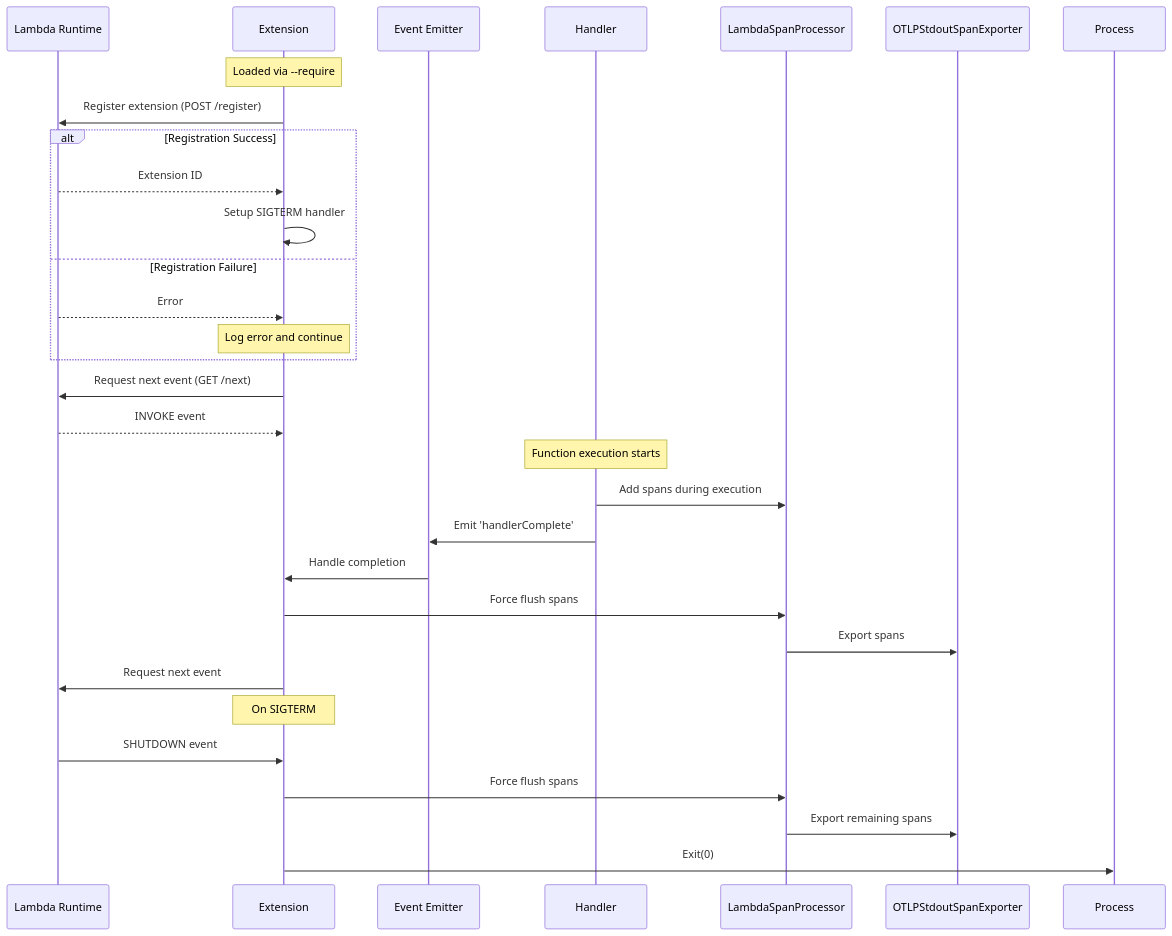
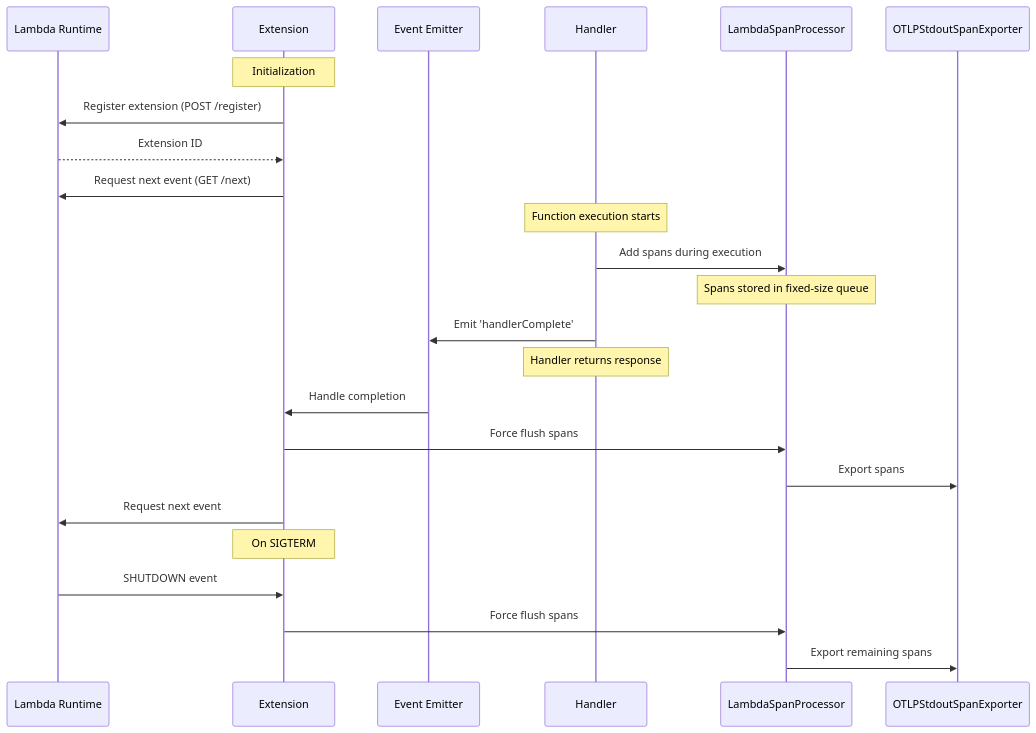
The second of 2 diagrams in packages/node/lambda-otel-lite/README.md (dev7a/serverless-otlp-forwarder), drawn with Mermaid before and after one commit. The commit also changed other lines of this file, not shown here.

````diff
--- a/packages/node/lambda-otel-lite/README.md
+++ b/packages/node/lambda-otel-lite/README.md
@@ -94,37 +138,31 @@
 ```mermaid
 sequenceDiagram
     participant Lambda Runtime
     participant Extension
     participant Event Emitter
     participant Handler
     participant LambdaSpanProcessor
     participant OTLPStdoutSpanExporter
 
-    Note over Extension: Loaded via --require
+    Note over Extension: Initialization
     Extension->>Lambda Runtime: Register extension (POST /register)
-    alt Registration Success
-        Lambda Runtime-->>Extension: Extension ID
-        Extension->>Extension: Setup SIGTERM handler
-    else Registration Failure
-        Lambda Runtime-->>Extension: Error
-        Note over Extension: Log error and continue
-    end
-
+    Lambda Runtime-->>Extension: Extension ID
     Extension->>Lambda Runtime: Request next event (GET /next)
-    Lambda Runtime-->>Extension: INVOKE event
 
     Note over Handler: Function execution starts
     Handler->>LambdaSpanProcessor: Add spans during execution
+    Note over LambdaSpanProcessor: Spans stored in fixed-size queue
+
     Handler->>Event Emitter: Emit 'handlerComplete'
+    Note over Handler: Handler returns response
     
     Event Emitter->>Extension: Handle completion
     Extension->>LambdaSpanProcessor: Force flush spans
     LambdaSpanProcessor->>OTLPStdoutSpanExporter: Export spans
     Extension->>Lambda Runtime: Request next event
 
     Note over Extension: On SIGTERM
     Lambda Runtime->>Extension: SHUTDOWN event
     Extension->>LambdaSpanProcessor: Force flush spans
     LambdaSpanProcessor->>OTLPStdoutSpanExporter: Export remaining spans
-    Extension->>Process: Exit(0)
 ```
````
